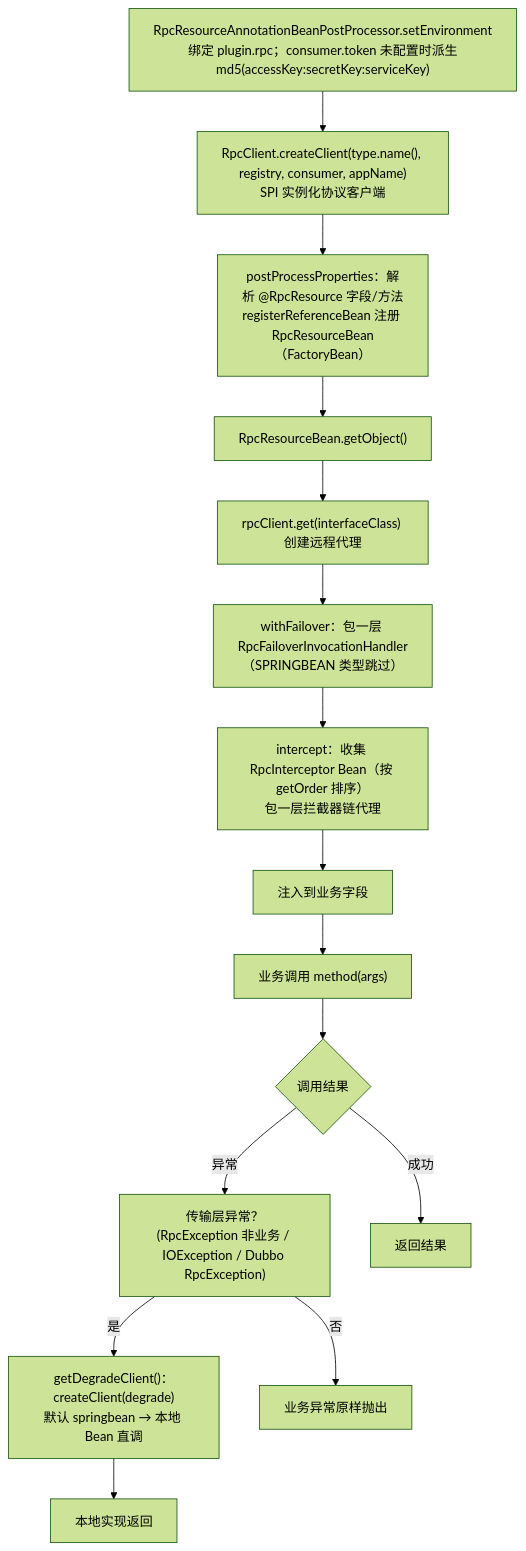
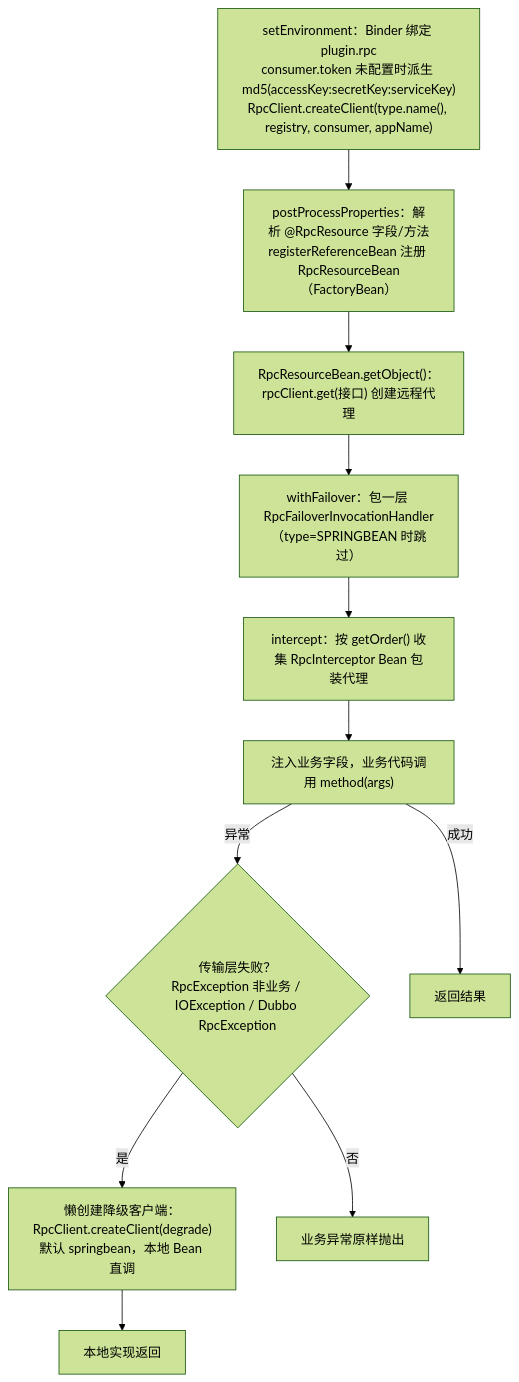
Before and after one commit to CHTK001/spring-support-parent-starter: the second of 2 diagrams in spring-support-rpc-starter/README.md, drawn with Mermaid (forest theme). The commit also changed other lines of this file and 54 other files, not shown here.

````diff
--- a/spring-support-rpc-starter/README.md
+++ b/spring-support-rpc-starter/README.md
@@ -137,22 +57,18 @@
 ```mermaid
 flowchart TB
-    A["RpcResourceAnnotationBeanPostProcessor.setEnvironment<br/>绑定 plugin.rpc；consumer.token 未配置时派生<br/>md5(accessKey:secretKey:serviceKey)"]
-    B["RpcClient.createClient(type.name(), registry, consumer, appName)<br/>SPI 实例化协议客户端"]
-    C["postProcessProperties：解析 @RpcResource 字段/方法<br/>registerReferenceBean 注册 RpcResourceBean（FactoryBean）"]
-    D["RpcResourceBean.getObject()"]
-    E["rpcClient.get(interfaceClass) 创建远程代理"]
-    F["withFailover：包一层 RpcFailoverInvocationHandler<br/>（SPRINGBEAN 类型跳过）"]
-    G["intercept：收集 RpcInterceptor Bean（按 getOrder 排序）<br/>包一层拦截器链代理"]
-    H["注入到业务字段"]
-    I["业务调用 method(args)"]
-    J{"调用结果"}
-    K["传输层异常？<br/>(RpcException 非业务 / IOException / Dubbo RpcException)"]
-    L["getDegradeClient()：createClient(degrade)<br/>默认 springbean → 本地 Bean 直调"]
-    M["业务异常原样抛出"]
+    A["setEnvironment：Binder 绑定 plugin.rpc<br/>consumer.token 未配置时派生 md5(accessKey:secretKey:serviceKey)<br/>RpcClient.createClient(type.name(), registry, consumer, appName)"]
+    B["postProcessProperties：解析 @RpcResource 字段/方法<br/>registerReferenceBean 注册 RpcResourceBean（FactoryBean）"]
+    C["RpcResourceBean.getObject()：rpcClient.get(接口) 创建远程代理"]
+    D["withFailover：包一层 RpcFailoverInvocationHandler<br/>（type=SPRINGBEAN 时跳过）"]
+    E["intercept：按 getOrder() 收集 RpcInterceptor Bean 包装代理"]
+    F["注入业务字段，业务代码调用 method(args)"]
+    G{"传输层失败？<br/>RpcException 非业务 / IOException / Dubbo RpcException"}
+    H["懒创建降级客户端：RpcClient.createClient(degrade)<br/>默认 springbean，本地 Bean 直调"]
+    I["业务异常原样抛出"]
 
-    A --> B --> C --> D --> E --> F --> G --> H --> I --> J
-    J -->|成功| N["返回结果"]
-    J -->|异常| K
-    K -->|是| L --> N2["本地实现返回"]
-    K -->|否| M
+    A --> B --> C --> D --> E --> F
+    F -->|"成功"| OK["返回结果"]
+    F -->|"异常"| G
+    G -->|"是"| H --> OK2["本地实现返回"]
+    G -->|"否"| I
 ```
````
